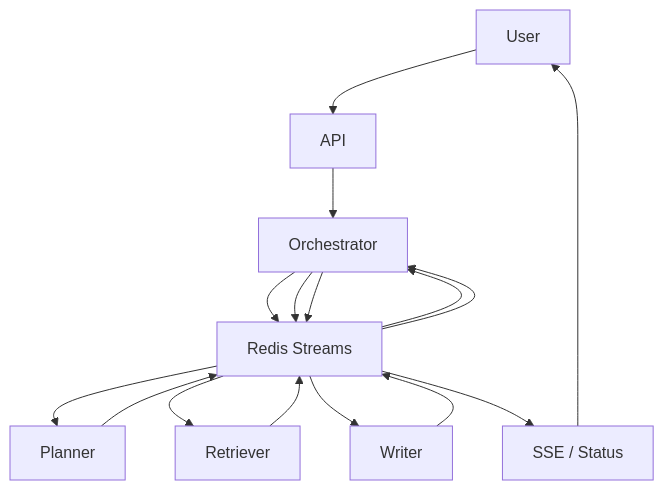
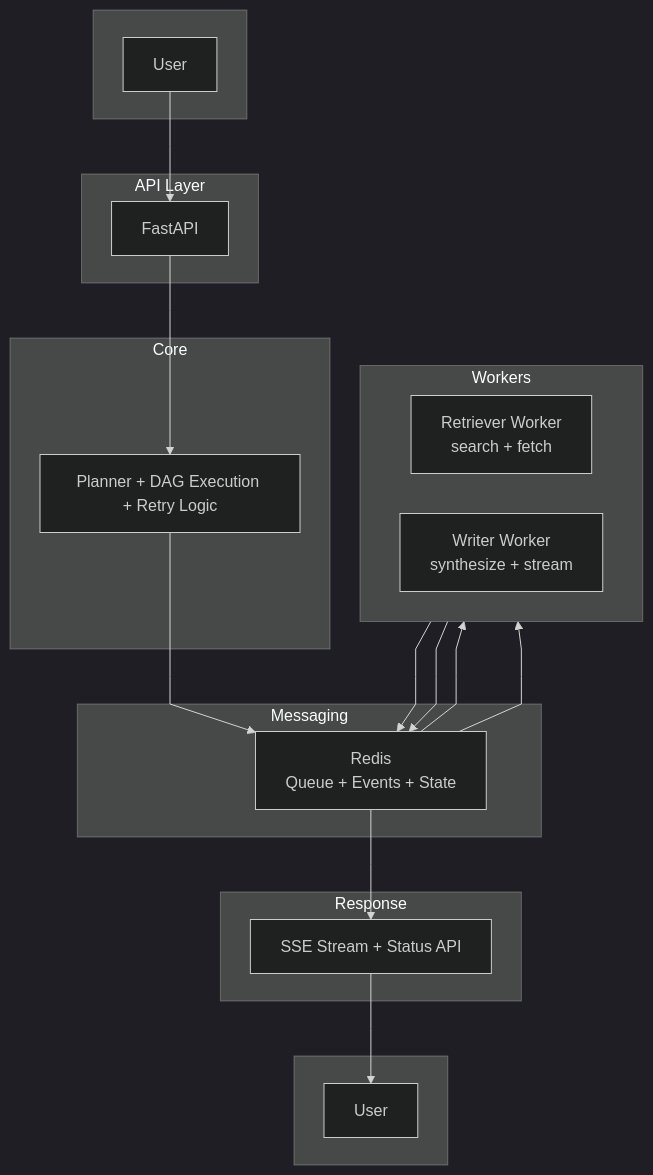
One commit to Muru-Pan/Multi_Agent changed the diagram in README.md. Above: the diagram before and after it, drawn with Mermaid.

Commit message:
Refine README system architecture diagram

````diff
--- a/README.md
+++ b/README.md
@@ -17,27 +17,43 @@
 ```mermaid
+%%{init: {'theme': 'dark', 'flowchart': {'curve': 'linear', 'nodeSpacing': 40, 'rankSpacing': 55}}}%%
 flowchart TD
-    U["User"]
-    API["API"]
-    ORCH["Orchestrator"]
-    REDIS["Redis Streams"]
-    PLAN["Planner"]
-    RET["Retriever"]
-    WR["Writer"]
-    OUT["SSE / Status"]
+    subgraph L1[" "]
+        U1["User"]
+    end
 
-    U --> API
+    subgraph L2["API Layer"]
+        API["FastAPI"]
+    end
+
+    subgraph L3["Core"]
+        ORCH["Planner + DAG Execution + Retry Logic"]
+    end
+
+    subgraph L4["Messaging"]
+        REDIS["Redis<br/>Queue + Events + State"]
+    end
+
+    subgraph L5["Workers"]
+        direction LR
+        RET["Retriever Worker<br/>search + fetch"]
+        WR["Writer Worker<br/>synthesize + stream"]
+    end
+
+    subgraph L6["Response"]
+        RESP["SSE Stream + Status API"]
+    end
+
+    subgraph L7[" "]
+        U2["User"]
+    end
+
+    U1 --> API
     API --> ORCH
     ORCH --> REDIS
-    REDIS --> PLAN
-    PLAN --> REDIS
-    REDIS --> ORCH
-    ORCH --> REDIS
     REDIS --> RET
+    REDIS --> WR
     RET --> REDIS
-    REDIS --> ORCH
-    ORCH --> REDIS
-    REDIS --> WR
     WR --> REDIS
-    REDIS --> OUT
-    OUT --> U
+    REDIS --> RESP
+    RESP --> U2
 ```
````
